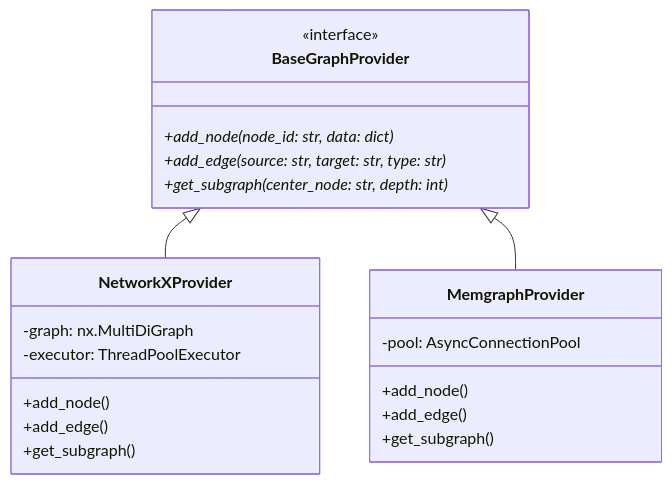
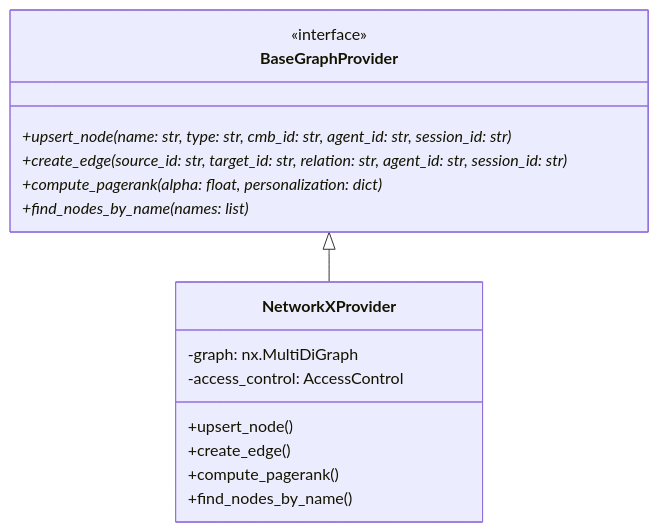
Before and after one commit to Yasou13/MESA: the first of 2 diagrams in ARCHITECTURE.md, drawn with Mermaid. The commit also changed other lines of this file and 15 other files, not shown here.

````diff
--- a/ARCHITECTURE.md
+++ b/ARCHITECTURE.md
@@ -11,27 +11,21 @@
 ```mermaid
 classDiagram
     class BaseGraphProvider {
         <<interface>>
-        +add_node(node_id: str, data: dict)*
-        +add_edge(source: str, target: str, type: str)*
-        +get_subgraph(center_node: str, depth: int)*
+        +upsert_node(name: str, type: str, cmb_id: str, agent_id: str, session_id: str)*
+        +create_edge(source_id: str, target_id: str, relation: str, agent_id: str, session_id: str)*
+        +compute_pagerank(alpha: float, personalization: dict)*
+        +find_nodes_by_name(names: list)*
     }
     
     class NetworkXProvider {
         -graph: nx.MultiDiGraph
-        -executor: ThreadPoolExecutor
-        +add_node()
-        +add_edge()
-        +get_subgraph()
-    }
-    
-    class MemgraphProvider {
-        -pool: AsyncConnectionPool
-        +add_node()
-        +add_edge()
-        +get_subgraph()
+        -access_control: AccessControl
+        +upsert_node()
+        +create_edge()
+        +compute_pagerank()
+        +find_nodes_by_name()
     }
     
     BaseGraphProvider <|-- NetworkXProvider
-    BaseGraphProvider <|-- MemgraphProvider
 ```
````
